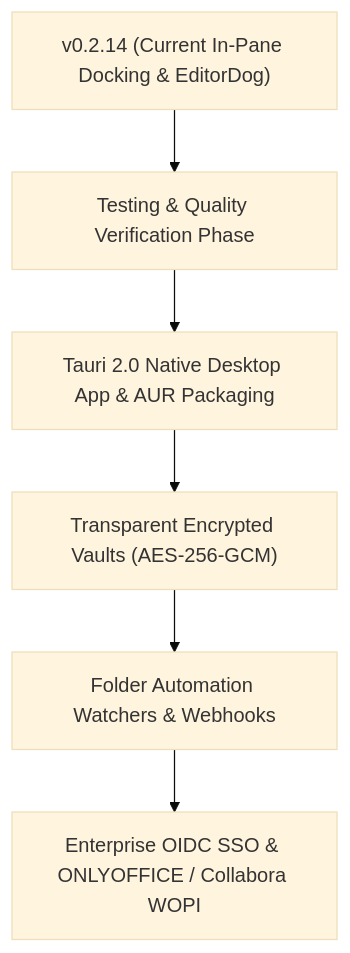
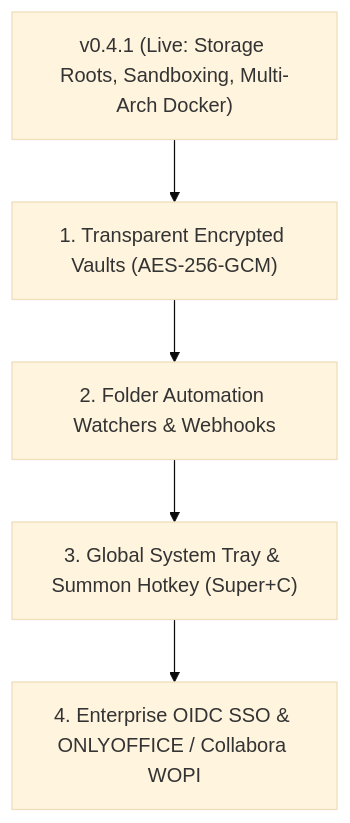
The diagram in ROADMAP.md (Woofson/commanderdog), drawn with Mermaid (base theme) before and after one commit. The commit also changed other lines of this file and 7 other files, not shown here.

Commit message:
feat(storage): configurable storage roots, sandboxing, per-user RBAC & updated docs

````diff
--- a/ROADMAP.md
+++ b/ROADMAP.md
@@ -68,8 +68,7 @@
 ```mermaid
 graph TD
-    A["v0.2.14 (Current In-Pane Docking & EditorDog)"] --> B["Testing & Quality Verification Phase"]
-    B --> C["Tauri 2.0 Native Desktop App & AUR Packaging"]
-    C --> D["Transparent Encrypted Vaults (AES-256-GCM)"]
-    D --> E["Folder Automation Watchers & Webhooks"]
-    E --> F["Enterprise OIDC SSO & ONLYOFFICE / Collabora WOPI"]
+    A["v0.4.1 (Live: Storage Roots, Sandboxing, Multi-Arch Docker)"] --> B["1. Transparent Encrypted Vaults (AES-256-GCM)"]
+    B --> C["2. Folder Automation Watchers & Webhooks"]
+    C --> D["3. Global System Tray & Summon Hotkey (Super+C)"]
+    D --> E["4. Enterprise OIDC SSO & ONLYOFFICE / Collabora WOPI"]
 ```
````
